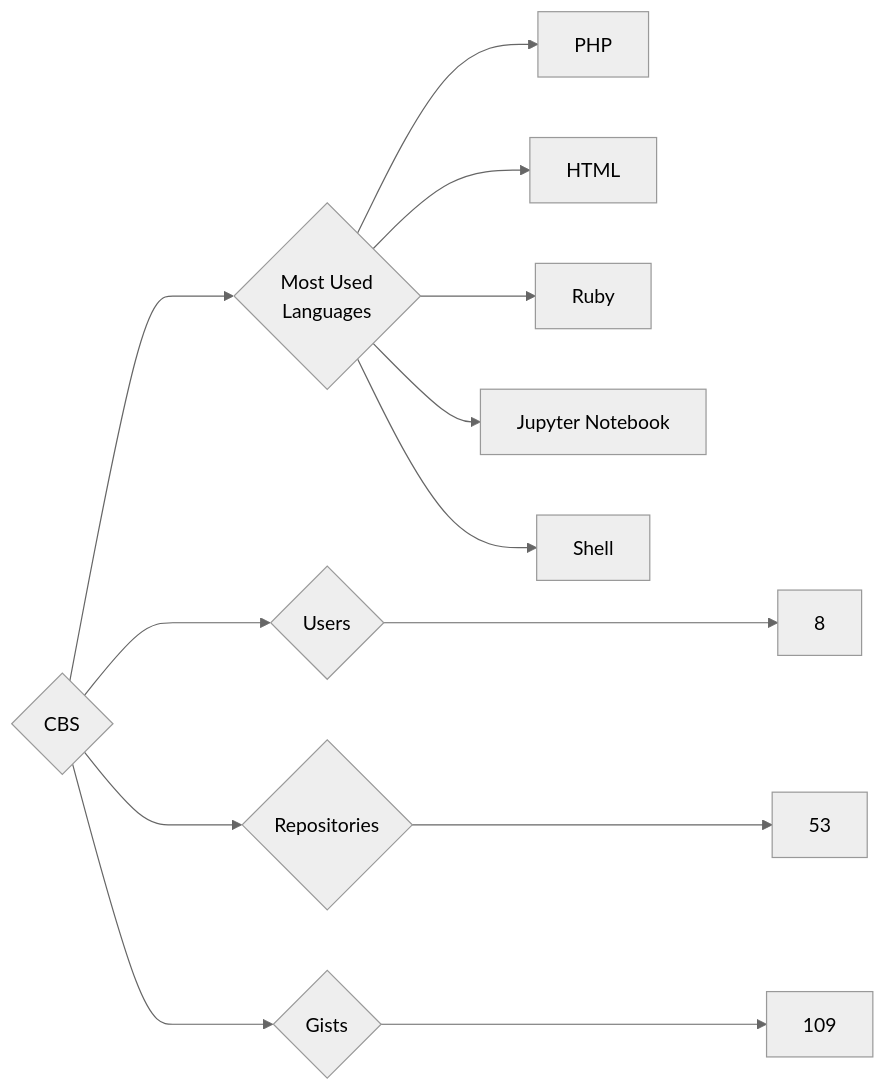
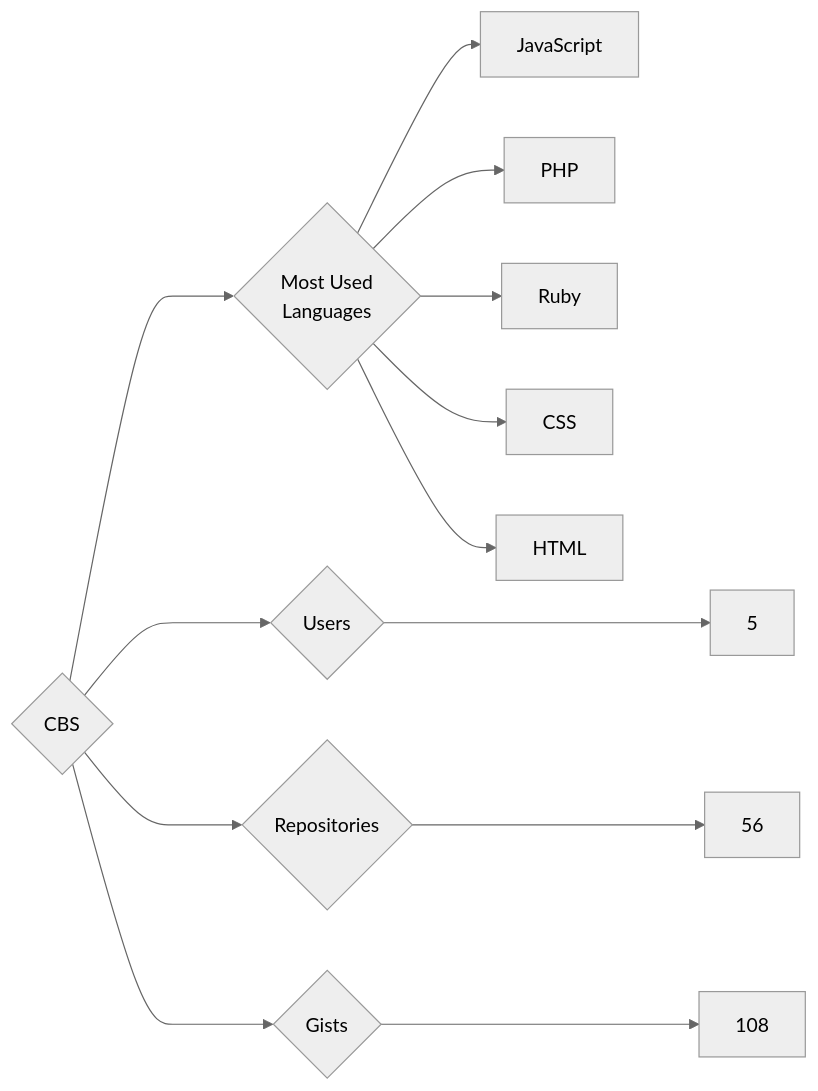
Before and after one commit to trickest/insiders: the diagram in targets/CBS/README.md, drawn with Mermaid (neutral theme). The commit also changed 775 other files, not shown here.

````diff
--- a/targets/CBS/README.md
+++ b/targets/CBS/README.md
@@ -3,13 +3,13 @@
 ```mermaid
 graph LR
 COMPANY_NAME{CBS}
-COMPANY_NAME ---> U{Users} ---> UN[8]
-COMPANY_NAME ---> R{Repositories} ---> RN[53]
-COMPANY_NAME ---> G{Gists} ---> GN[109]
+COMPANY_NAME ---> U{Users} ---> UN[5]
+COMPANY_NAME ---> R{Repositories} ---> RN[56]
+COMPANY_NAME ---> G{Gists} ---> GN[108]
 COMPANY_NAME ---> ML{Most Used<br>Languages}
+ML --> JavaScript[JavaScript]
 ML --> PHP[PHP]
+ML --> Ruby[Ruby]
+ML --> CSS[CSS]
 ML --> HTML[HTML]
-ML --> Ruby[Ruby]
-ML --> Jupyter_Notebook[Jupyter Notebook]
-ML --> Shell[Shell]
 ```
````
